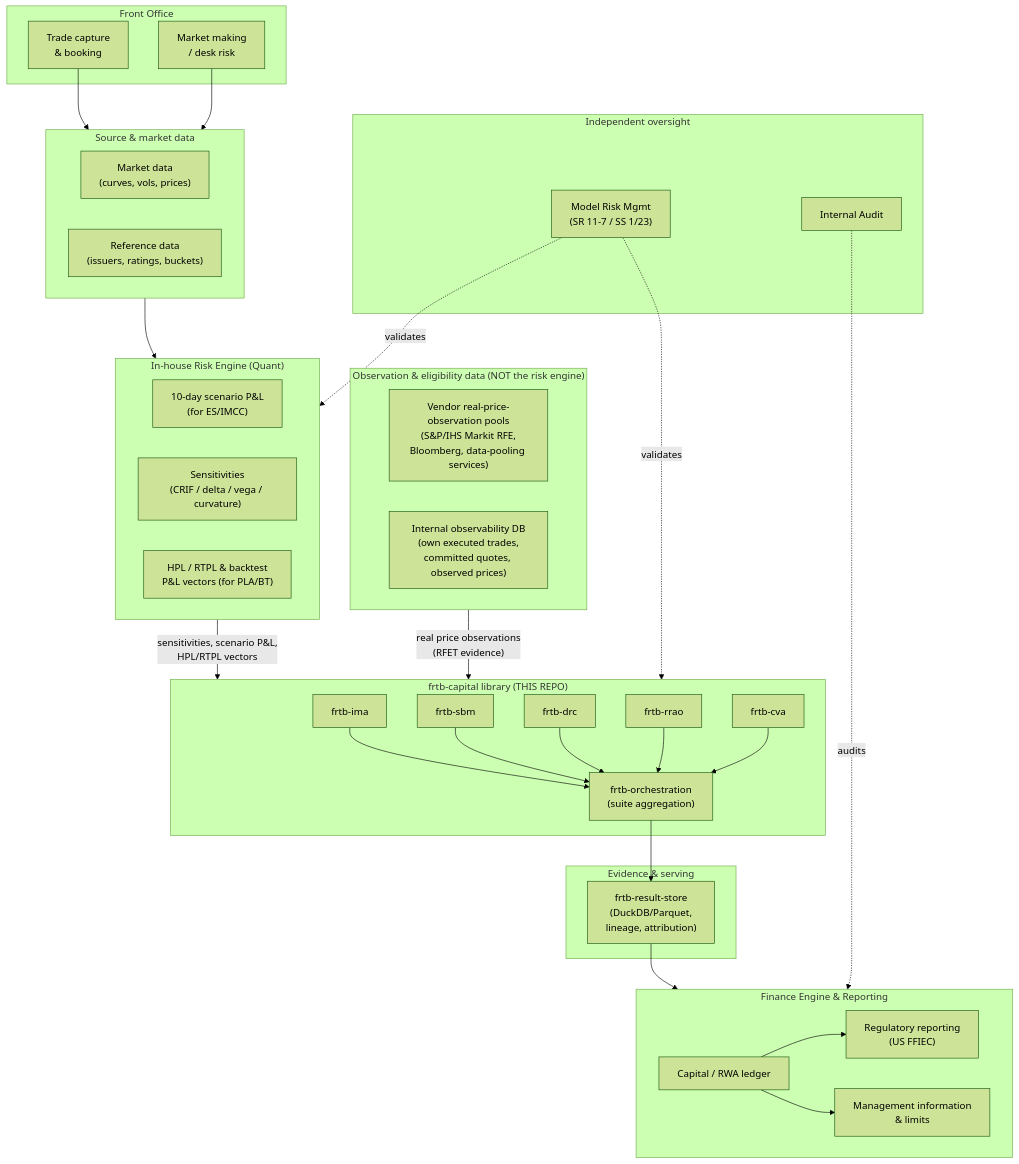
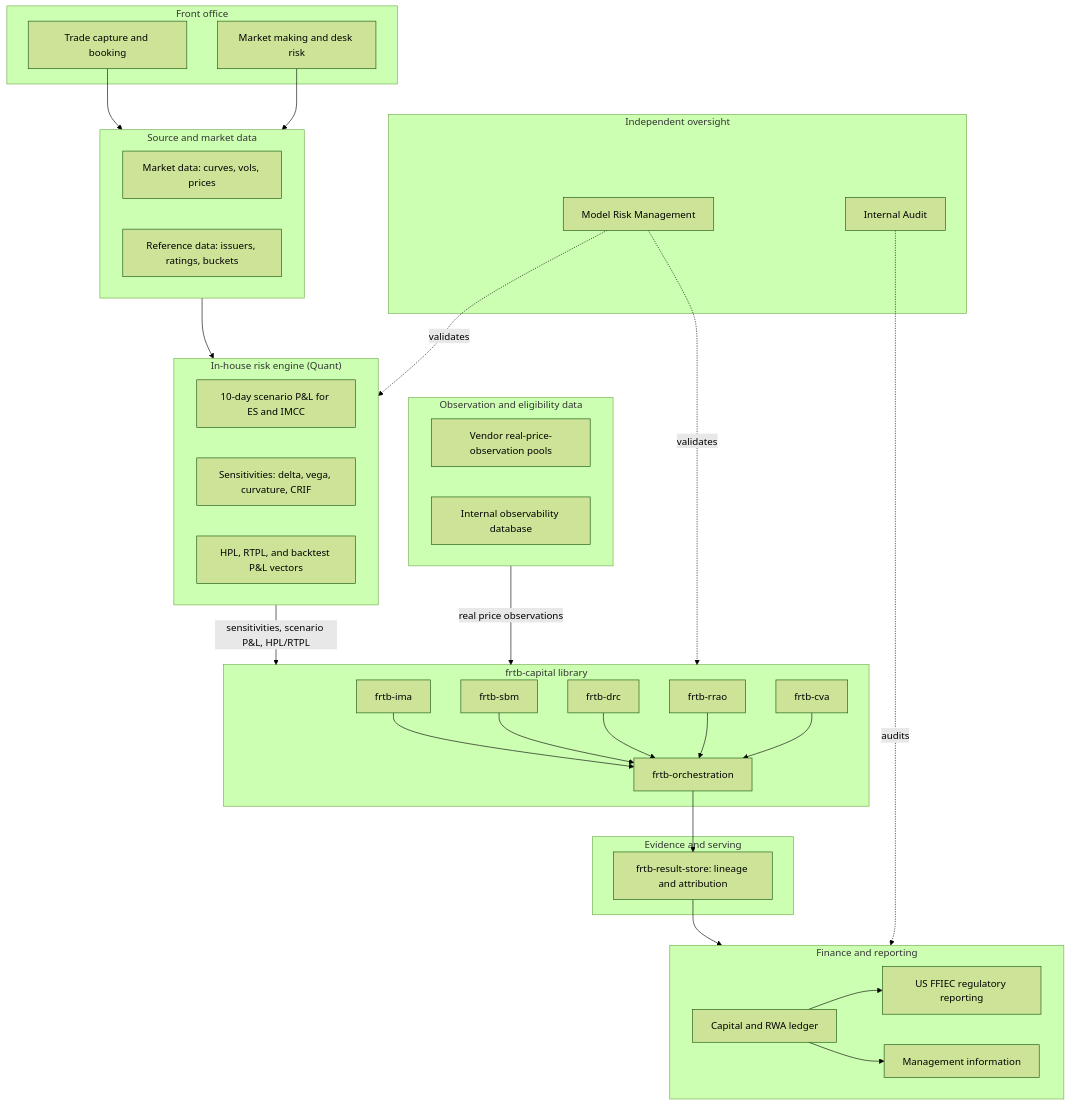
The first of 9 diagrams in docs/FRTB_TARGET_OPERATING_MODEL.md (tomanizer/frtb-capital), drawn with Mermaid (forest theme) before and after one commit. The commit also changed other lines of this file and 1 other file, not shown here.

First line of the commit message:
docs: rewrite FRTB TOM for readability; split out decision log (#661)

````diff
--- a/docs/FRTB_TARGET_OPERATING_MODEL.md
+++ b/docs/FRTB_TARGET_OPERATING_MODEL.md
@@ -111,65 +53,65 @@
 ```mermaid
 flowchart TB
-    subgraph FO["Front Office"]
-        TC["Trade capture<br/>& booking"]
-        MM["Market making<br/>/ desk risk"]
+    subgraph FO["Front office"]
+        TC["Trade capture and booking"]
+        MM["Market making and desk risk"]
     end
 
-    subgraph SRC["Source & market data"]
-        MD["Market data<br/>(curves, vols, prices)"]
-        REF["Reference data<br/>(issuers, ratings, buckets)"]
+    subgraph SRC["Source and market data"]
+        MD["Market data: curves, vols, prices"]
+        REF["Reference data: issuers, ratings, buckets"]
     end
 
-    subgraph OBS["Observation & eligibility data (NOT the risk engine)"]
-        VPOOL["Vendor real-price-observation pools<br/>(S&P/IHS Markit RFE,<br/>Bloomberg, data-pooling services)"]
-        IOBS["Internal observability DB<br/>(own executed trades,<br/>committed quotes, observed prices)"]
+    subgraph OBS["Observation and eligibility data"]
+        VPOOL["Vendor real-price-observation pools"]
+        IOBS["Internal observability database"]
     end
 
-    subgraph RE["In-house Risk Engine (Quant)"]
-        PNL["10-day scenario P&L<br/>(for ES/IMCC)"]
-        SENS["Sensitivities<br/>(CRIF / delta / vega / curvature)"]
-        VEC["HPL / RTPL & backtest<br/>P&L vectors (for PLA/BT)"]
+    subgraph RE["In-house risk engine (Quant)"]
+        PNL["10-day scenario P&L for ES and IMCC"]
+        SENS["Sensitivities: delta, vega, curvature, CRIF"]
+        VEC["HPL, RTPL, and backtest P&L vectors"]
     end
 
-    subgraph LIB["frtb-capital library (THIS REPO)"]
+    subgraph LIB["frtb-capital library"]
         IMA["frtb-ima"]
         SBM["frtb-sbm"]
         DRC["frtb-drc"]
         RRAO["frtb-rrao"]
         CVA["frtb-cva"]
-        ORCH["frtb-orchestration<br/>(suite aggregation)"]
+        ORCH["frtb-orchestration"]
     end
 
-    subgraph STORE["Evidence & serving"]
-        RS["frtb-result-store<br/>(DuckDB/Parquet,<br/>lineage, attribution)"]
+    subgraph STORE["Evidence and serving"]
+        RS["frtb-result-store: lineage and attribution"]
     end
 
-    subgraph FIN["Finance Engine & Reporting"]
-        GL["Capital / RWA ledger"]
-        REG["Regulatory reporting<br/>(US FFIEC)"]
-        MI["Management information<br/>& limits"]
+    subgraph FIN["Finance and reporting"]
+        GL["Capital and RWA ledger"]
+        REG["US FFIEC regulatory reporting"]
+        MI["Management information"]
     end
 
     subgraph GOV["Independent oversight"]
-        MRM["Model Risk Mgmt<br/>(SR 11-7 / SS 1/23)"]
+        MRM["Model Risk Management"]
         IA["Internal Audit"]
     end
 
     TC --> SRC
     MM --> SRC
     SRC --> RE
-    RE -->|"sensitivities, scenario P&L,<br/>HPL/RTPL vectors"| LIB
-    OBS -->|"real price observations<br/>(RFET evidence)"| LIB
+    RE -->|"sensitivities, scenario P&L, HPL/RTPL"| LIB
+    OBS -->|"real price observations"| LIB
     IMA --> ORCH
     SBM --> ORCH
     DRC --> ORCH
     RRAO --> ORCH
     CVA --> ORCH
     ORCH --> RS
     RS --> FIN
     GL --> REG
     GL --> MI
     MRM -.validates.-> LIB
     MRM -.validates.-> RE
     IA -.audits.-> FIN
 ```
````
